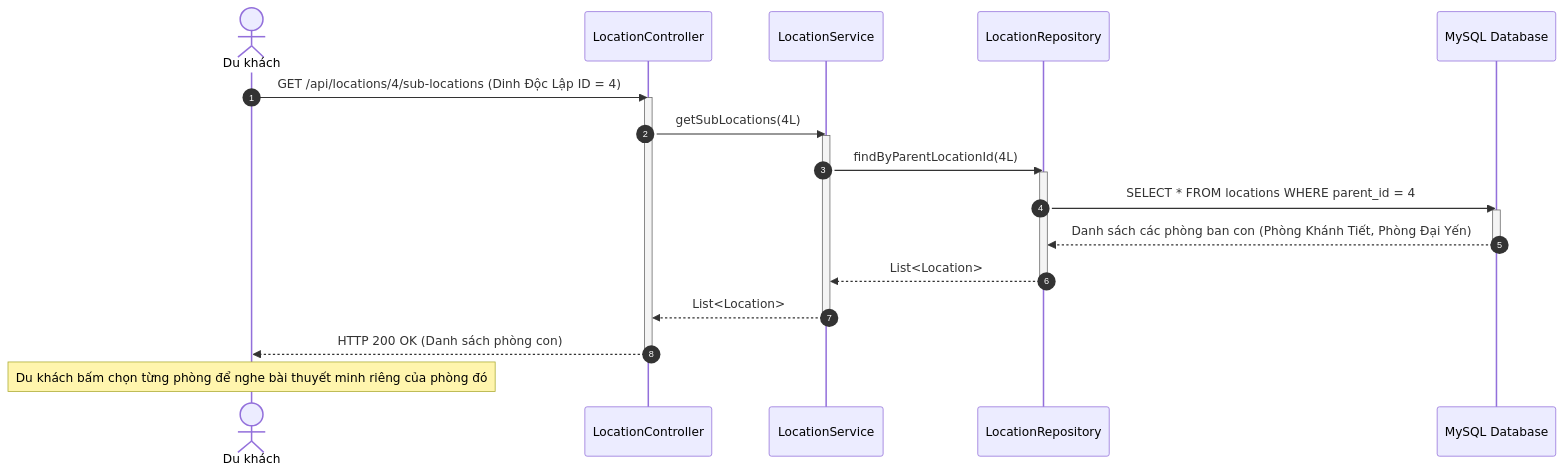
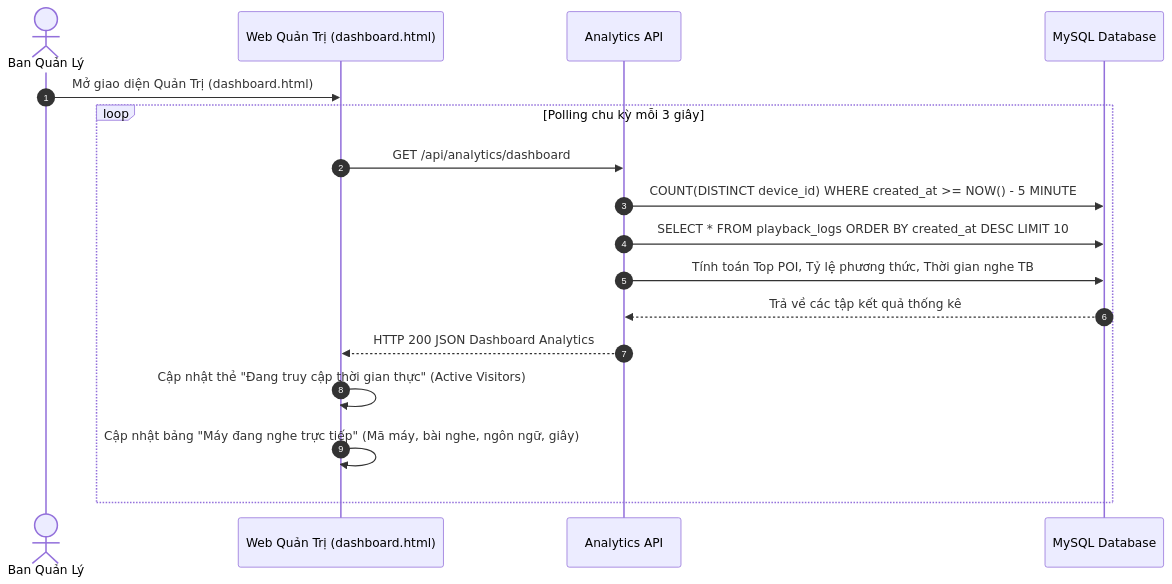
One commit to HuynhQuang16032006/Multi_Languages_Automatic_Translation changed the eighth of 8 diagrams in docs/USE_CASES.md. Above: the diagram before and after it, drawn with Mermaid. The commit also changed other lines of this file and 4 other files, not shown here.

````diff
--- a/docs/USE_CASES.md
+++ b/docs/USE_CASES.md
@@ -474,27 +321,20 @@
 ```mermaid
 sequenceDiagram
     autonumber
-    actor Tourist as Du khách
-    participant LC as LocationController
-    participant LS as LocationService
-    participant LR as LocationRepository
+    actor A as Ban Quản Lý
+    participant DASH as Web Quản Trị (dashboard.html)
+    participant API as Analytics API
     participant DB as MySQL Database
 
-    Tourist->>LC: GET /api/locations/4/sub-locations (Dinh Độc Lập ID = 4)
-    activate LC
-    LC->>LS: getSubLocations(4L)
-    activate LS
-    LS->>LR: findByParentLocationId(4L)
-    activate LR
-    LR->>DB: SELECT * FROM locations WHERE parent_id = 4
-    activate DB
-    DB-->>LR: Danh sách các phòng ban con (Phòng Khánh Tiết, Phòng Đại Yến)
-    deactivate DB
-    LR-->>LS: List<Location>
-    deactivate LR
-    LS-->>LC: List<Location>
-    deactivate LS
-    LC-->>Tourist: HTTP 200 OK (Danh sách phòng con)
-    deactivate LC
-    Note over Tourist: Du khách bấm chọn từng phòng để nghe bài thuyết minh riêng của phòng đó
+    A->>DASH: Mở giao diện Quản Trị (dashboard.html)
+    loop Polling chu kỳ mỗi 3 giây
+        DASH->>API: GET /api/analytics/dashboard
+        API->>DB: COUNT(DISTINCT device_id) WHERE created_at >= NOW() - 5 MINUTE
+        API->>DB: SELECT * FROM playback_logs ORDER BY created_at DESC LIMIT 10
+        API->>DB: Tính toán Top POI, Tỷ lệ phương thức, Thời gian nghe TB
+        DB-->>API: Trả về các tập kết quả thống kê
+        API-->>DASH: HTTP 200 JSON Dashboard Analytics
+        DASH->>DASH: Cập nhật thẻ "Đang truy cập thời gian thực" (Active Visitors)
+        DASH->>DASH: Cập nhật bảng "Máy đang nghe trực tiếp" (Mã máy, bài nghe, ngôn ngữ, giây)
+    end
 ```
````
